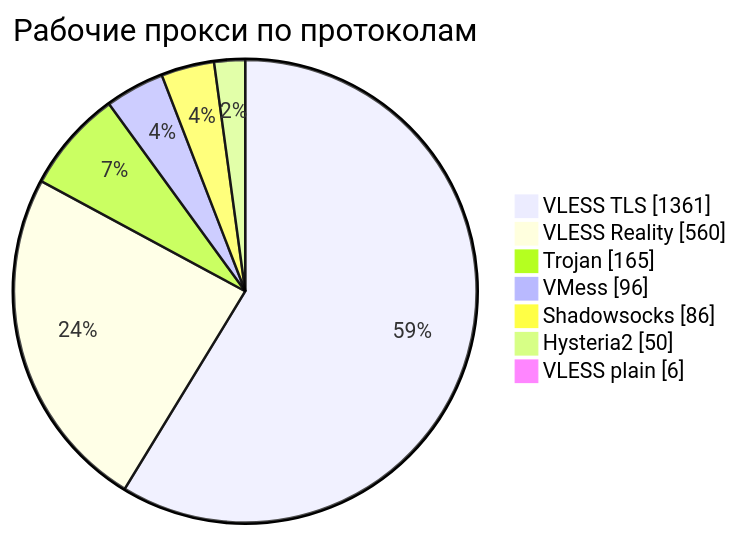
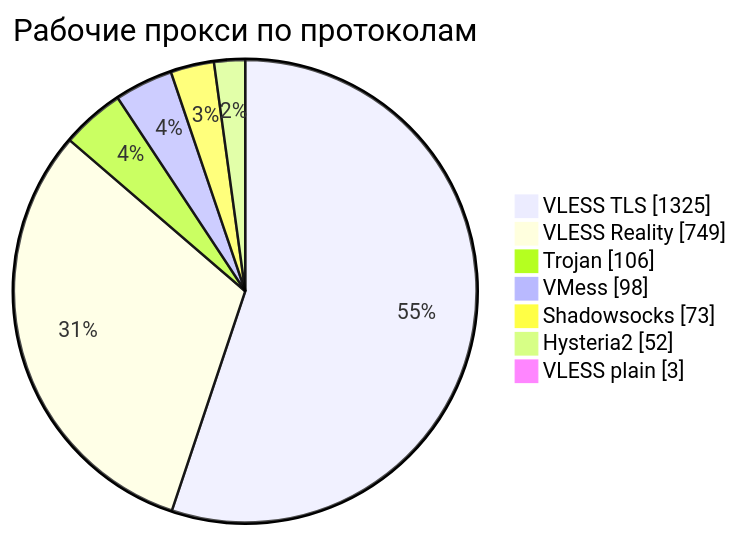
One commit to rvvg/proxy-subs changed the third of 4 diagrams in README.md. Above: the diagram before and after it, drawn with Mermaid. The commit also changed other lines of this file and 59 other files, not shown here.

````diff
--- a/README.md
+++ b/README.md
@@ -135,11 +146,11 @@
 ```mermaid
 pie showData
     title Рабочие прокси по протоколам
-    "VLESS TLS" : 1361
-    "VLESS Reality" : 560
-    "Trojan" : 165
-    "VMess" : 96
-    "Shadowsocks" : 86
-    "Hysteria2" : 50
-    "VLESS plain" : 6
+    "VLESS TLS" : 1325
+    "VLESS Reality" : 749
+    "Trojan" : 106
+    "VMess" : 98
+    "Shadowsocks" : 73
+    "Hysteria2" : 52
+    "VLESS plain" : 3
 ```
````
